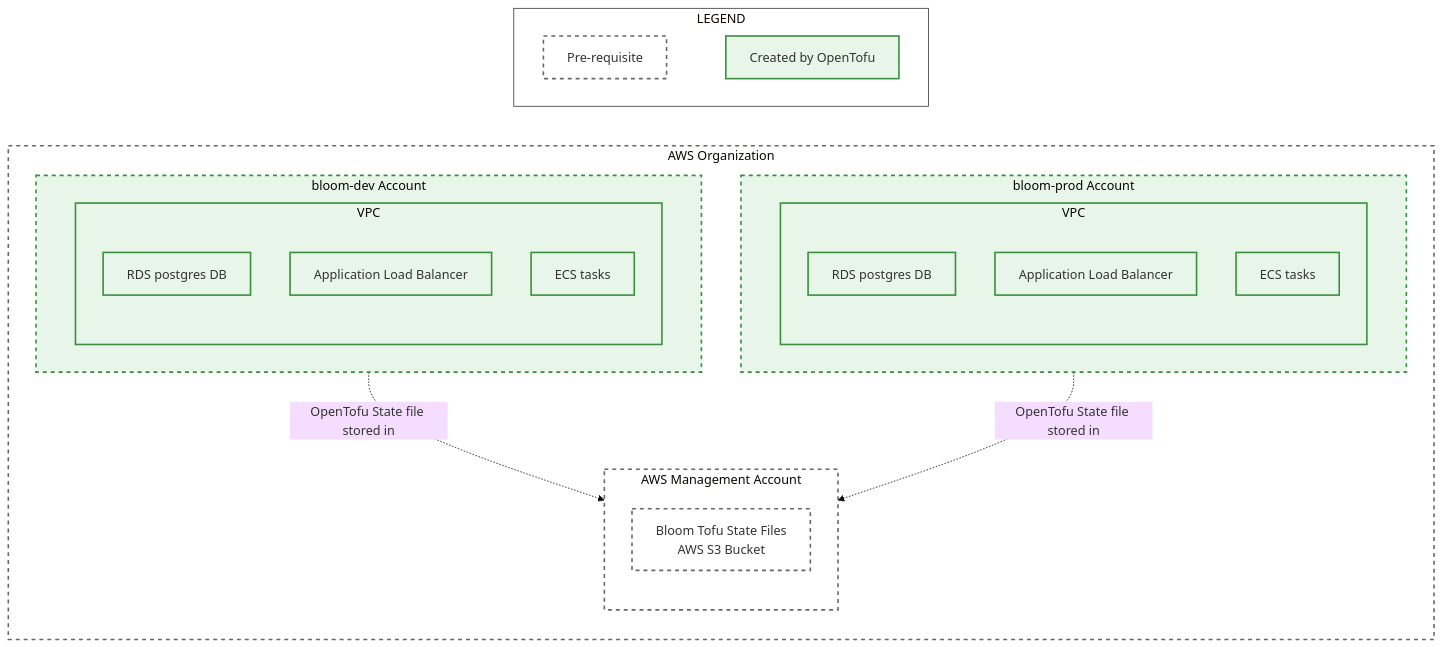
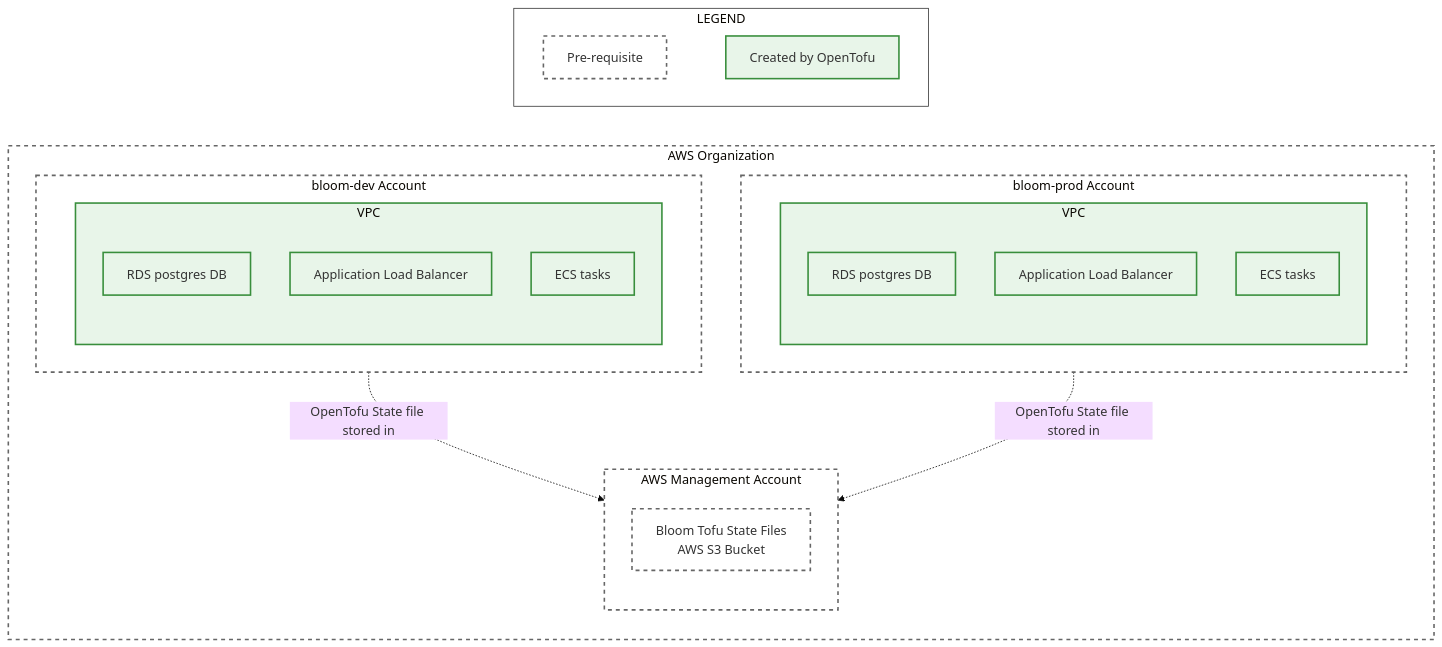
Before and after one commit to bloom-housing/bloom: the diagram in infra/aws_deployment_guide/6_apply_bloom_deployment_tofu_modules.md, drawn with Mermaid.

Commit message:
fix: fix aws deployment guide diagram styling

````diff
--- a/infra/aws_deployment_guide/6_apply_bloom_deployment_tofu_modules.md
+++ b/infra/aws_deployment_guide/6_apply_bloom_deployment_tofu_modules.md
@@ -17,73 +17,73 @@
 ```mermaid
 ---
 config:
   theme: 'base'
 ---
 %% Diagram created by prompting Claude Opus 4.1 and manually edited.
 
 graph TB
   subgraph ORG[AWS Organization]
       direction TB
 
       subgraph MA[AWS Management Account]
           direction TB
 
           S3[Bloom Tofu State Files<br/>AWS S3 Bucket]
       end
 
       subgraph DEV[bloom-dev Account]
         direction LR
 
         subgraph VPC_DEV[VPC]
           direction TB
 
           RDS_DEV[RDS postgres DB]
           ELB_DEV[Application Load Balancer]
           ECS_DEV[ECS tasks]
         end
       end
       subgraph PROD[bloom-prod Account]
         direction LR
 
         subgraph VPC_PROD[VPC]
           direction TB
 
           RDS_PROD[RDS postgres DB]
           ELB_PROD[Application Load Balancer]
           ECS_PROD[ECS tasks]
         end
       end
 
 
       DEV-.->|OpenTofu State file stored in|S3
       PROD-.->|OpenTofu State file stored in|S3
   end
 
   subgraph LEGEND
       direction LR
 
       PREREQ[Pre-requisite]
       CREATED[Created by OpenTofu]
 
       PREREQ ~~~ CREATED
   end
 
   %% Invisible link to position legend at top
   LEGEND ~~~ ORG
 
   %% Green for Tofu created
   classDef tofu fill:#e8f5e9,stroke:#388e3c,stroke-width:2px
   %% Dashed border for prerequisites
   classDef prerequisite fill:#fff,stroke:#666,stroke-width:2px,stroke-dasharray: 5 5
   %% Legend container style
   classDef legendStyle fill:#fff,stroke:#333,stroke-width:1px
 
   %% Apply prerequisite style to org structure
   class ORG,MA,PREREQ,S3,DEV,PROD prerequisite
 
   %% Apply legend style
   class LEGEND legendStyle
 
   %% Apply terraform style (green)
-  class CREATED,DEV,VPC_DEV,RDS_DEV,ELB_DEV,ECS_DEV,PROD,VPC_PROD,RDS_PROD,ELB_PROD,ECS_PROD tofu
+  class CREATED,VPC_DEV,RDS_DEV,ELB_DEV,ECS_DEV,VPC_PROD,RDS_PROD,ELB_PROD,ECS_PROD tofu
 ```
````
